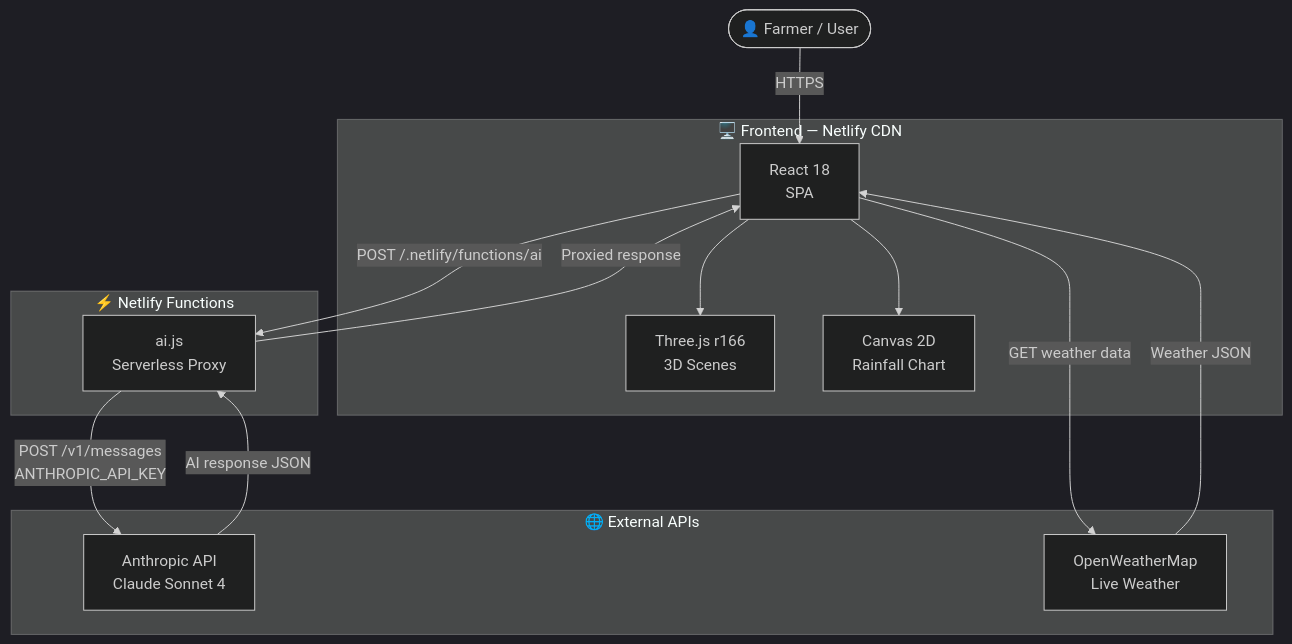
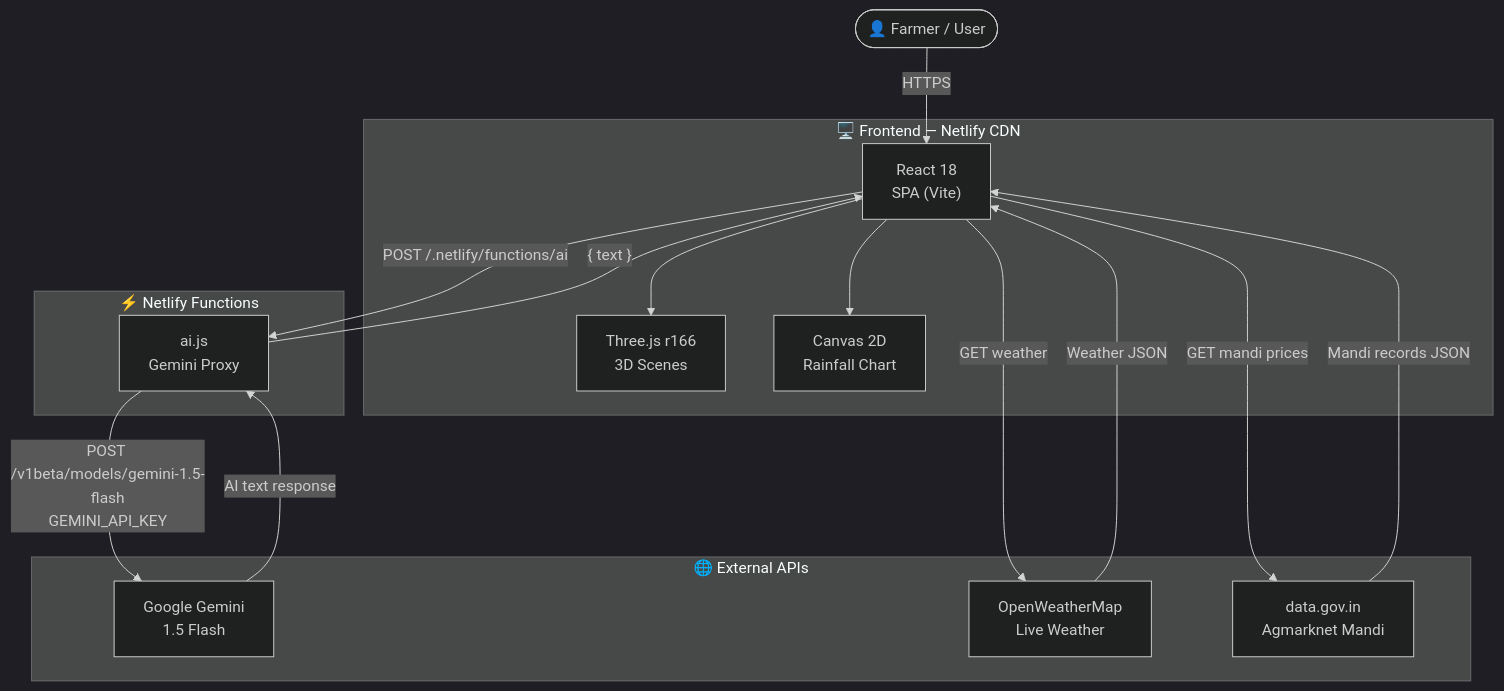
The first of 4 diagrams in README.md (zara650/agromind3d), drawn with Mermaid (dark theme) before and after one commit. The commit also changed other lines of this file, not shown here.

Commit message:
updated README with Gemini + real links + API docs

````diff
--- a/README.md
+++ b/README.md
@@ -86,29 +97,32 @@
 ```mermaid
 graph TB
     User(["👤 Farmer / User"])
 
     subgraph Frontend ["🖥️ Frontend — Netlify CDN"]
-        REACT["React 18\nSPA"]
+        REACT["React 18\nSPA (Vite)"]
         THREE["Three.js r166\n3D Scenes"]
         CANVAS["Canvas 2D\nRainfall Chart"]
     end
 
     subgraph Serverless ["⚡ Netlify Functions"]
-        AI_FN["ai.js\nServerless Proxy"]
+        AI_FN["ai.js\nGemini Proxy"]
     end
 
     subgraph External ["🌐 External APIs"]
-        ANTHROPIC["Anthropic API\nClaude Sonnet 4"]
+        GEMINI["Google Gemini\n1.5 Flash"]
         WEATHER["OpenWeatherMap\nLive Weather"]
+        DATAGOV["data.gov.in\nAgmarknet Mandi"]
     end
 
     User -->|"HTTPS"| REACT
     REACT --> THREE
     REACT --> CANVAS
     REACT -->|"POST /.netlify/functions/ai"| AI_FN
-    REACT -->|"GET weather data"| WEATHER
-    AI_FN -->|"POST /v1/messages\nANTHROPIC_API_KEY"| ANTHROPIC
-    ANTHROPIC -->|"AI response JSON"| AI_FN
-    AI_FN -->|"Proxied response"| REACT
+    REACT -->|"GET weather"| WEATHER
+    REACT -->|"GET mandi prices"| DATAGOV
+    AI_FN -->|"POST /v1beta/models/gemini-1.5-flash\nGEMINI_API_KEY"| GEMINI
+    GEMINI -->|"AI text response"| AI_FN
+    AI_FN -->|"{ text }"| REACT
     WEATHER -->|"Weather JSON"| REACT
+    DATAGOV -->|"Mandi records JSON"| REACT
 ```
````
